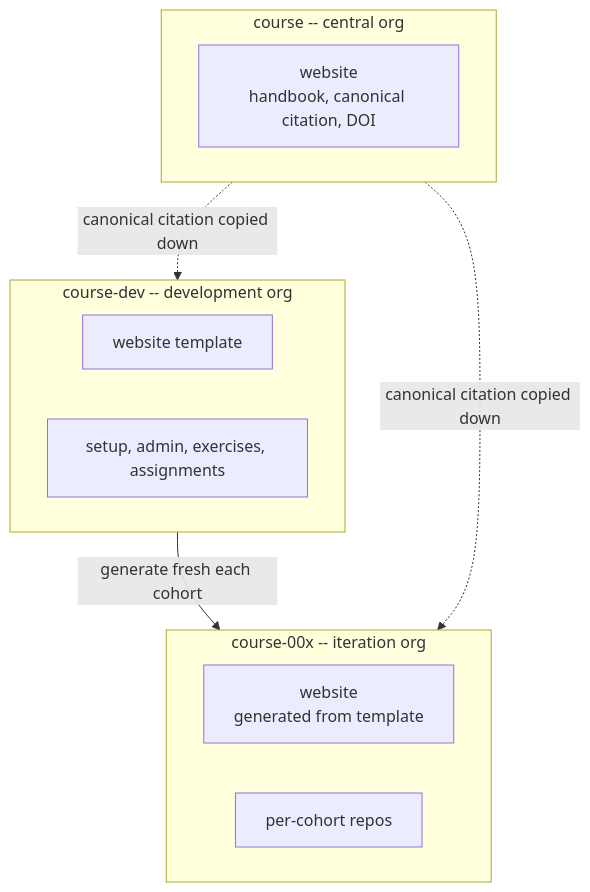
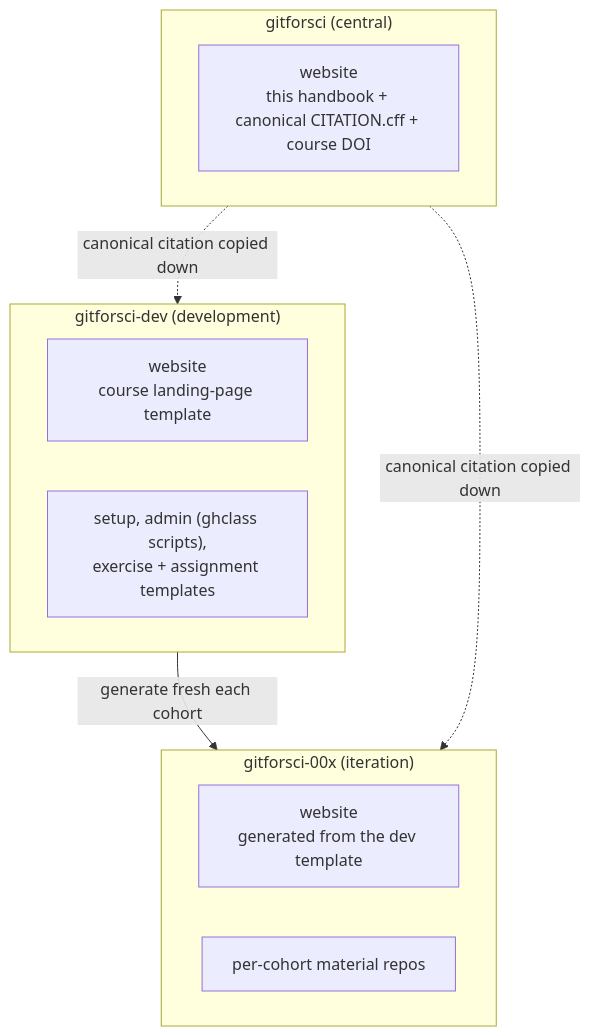
Before and after one commit to gitforsci/website: the diagram in ch-three-orgs.qmd, drawn with Mermaid. The commit also changed other lines of this file and 18 other files, not shown here.

````diff
--- a/ch-three-orgs.qmd
+++ b/ch-three-orgs.qmd
@@ -13,17 +5,17 @@
 ```{mermaid}
 flowchart TD
-    subgraph central[course -- central org]
-        CW[website<br/>handbook, canonical citation, DOI]
+    subgraph central["gitforsci (central)"]
+        CW["website<br/>this handbook + canonical CITATION.cff + course DOI"]
     end
-    subgraph dev[course-dev -- development org]
-        DT[website template]
-        DM[setup, admin, exercises, assignments]
+    subgraph dev["gitforsci-dev (development)"]
+        DT["website<br/>course landing-page template"]
+        DM["setup, admin (ghclass scripts),<br/>exercise + assignment templates"]
     end
-    subgraph iter[course-00x -- iteration org]
-        IW[website<br/>generated from template]
-        IM[per-cohort repos]
+    subgraph iter["gitforsci-00x (iteration)"]
+        IW["website<br/>generated from the dev template"]
+        IM["per-cohort material repos"]
     end
-    dev -->|generate fresh each cohort| iter
-    central -.->|canonical citation copied down| dev
-    central -.->|canonical citation copied down| iter
+    dev -->|"generate fresh each cohort"| iter
+    central -.->|"canonical citation copied down"| dev
+    central -.->|"canonical citation copied down"| iter
 ```
````
